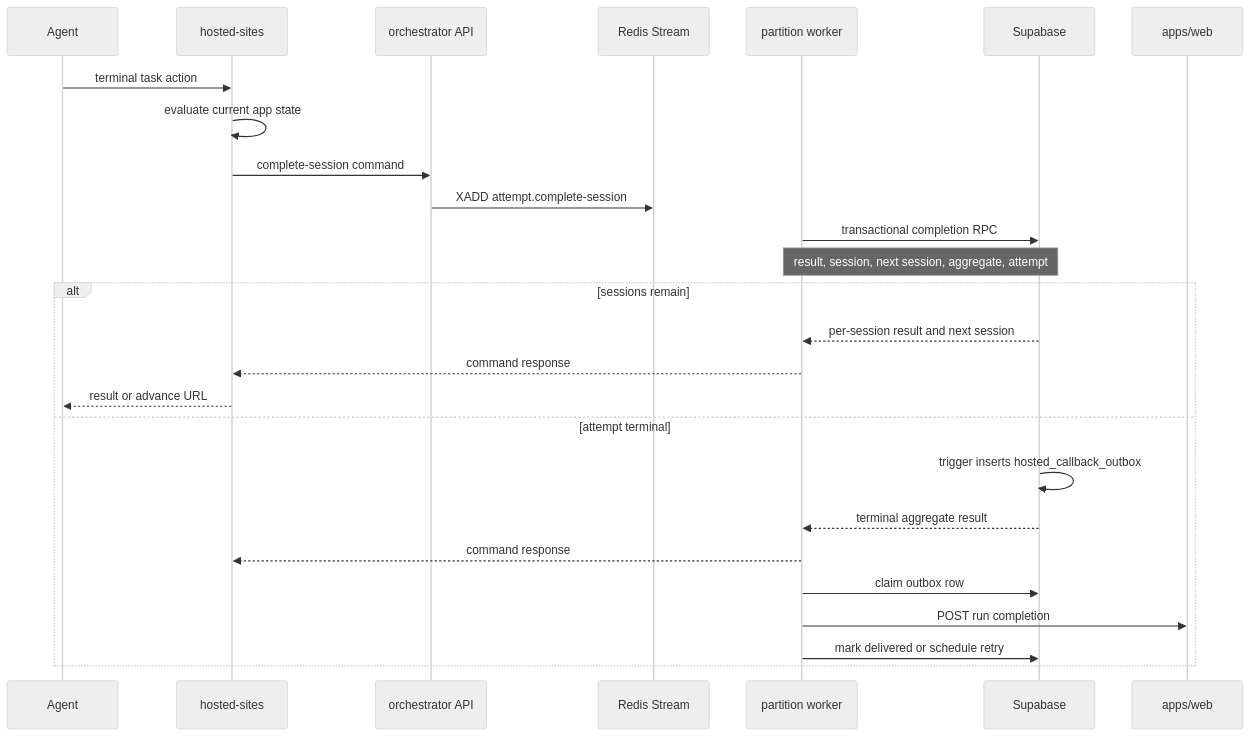
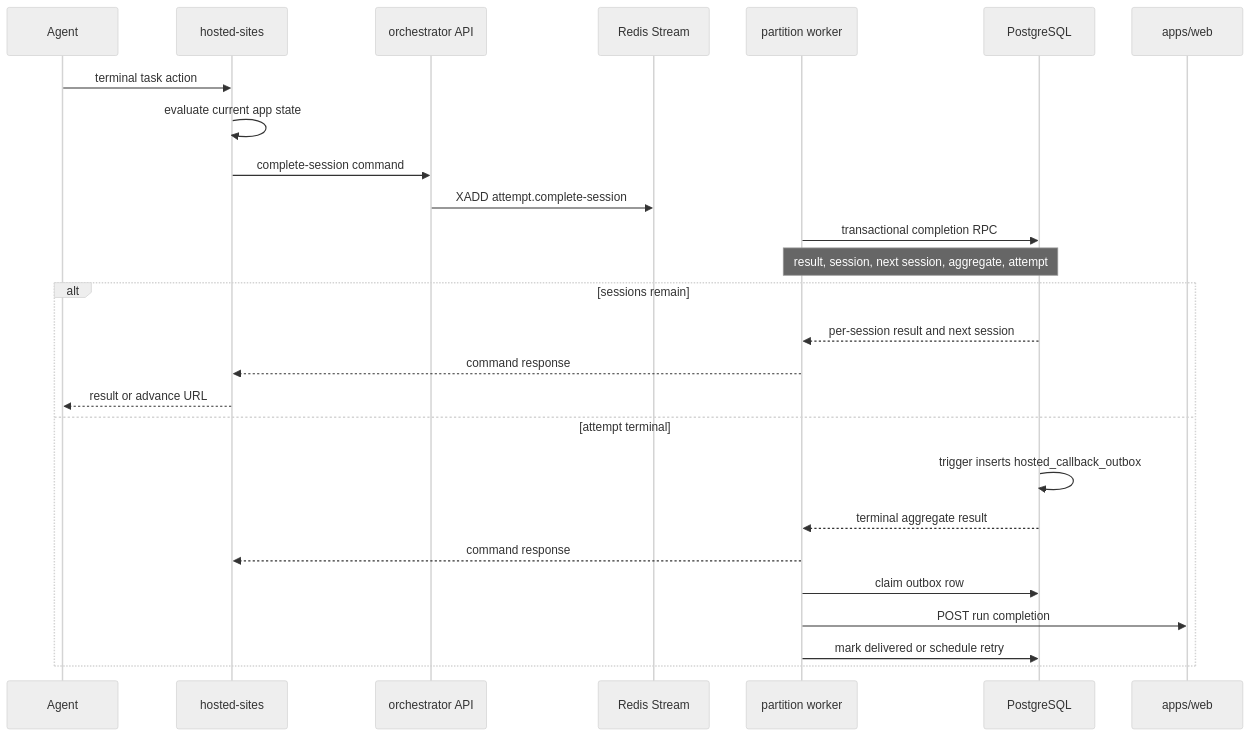
Before and after one commit to Kaiwen0418/agent-benchmark: the fifth of 5 diagrams in docs/data-flow.md, drawn with Mermaid (neutral theme). The commit also changed other lines of this file and 1 other file, not shown here.

````diff
--- a/docs/data-flow.md
+++ b/docs/data-flow.md
@@ -118,29 +118,29 @@
 ```mermaid
 sequenceDiagram
   participant A as Agent
   participant H as hosted-sites
   participant O as orchestrator API
   participant R as Redis Stream
   participant K as partition worker
-  participant D as Supabase
+  participant D as PostgreSQL
   participant W as apps/web
 
   A->>H: terminal task action
   H->>H: evaluate current app state
   H->>O: complete-session command
   O->>R: XADD attempt.complete-session
   K->>D: transactional completion RPC
   Note over K,D: result, session, next session, aggregate, attempt
   alt sessions remain
     D-->>K: per-session result and next session
     K-->>H: command response
     H-->>A: result or advance URL
   else attempt terminal
     D->>D: trigger inserts hosted_callback_outbox
     D-->>K: terminal aggregate result
     K-->>H: command response
     K->>D: claim outbox row
     K->>W: POST run completion
     K->>D: mark delivered or schedule retry
   end
 ```
````
